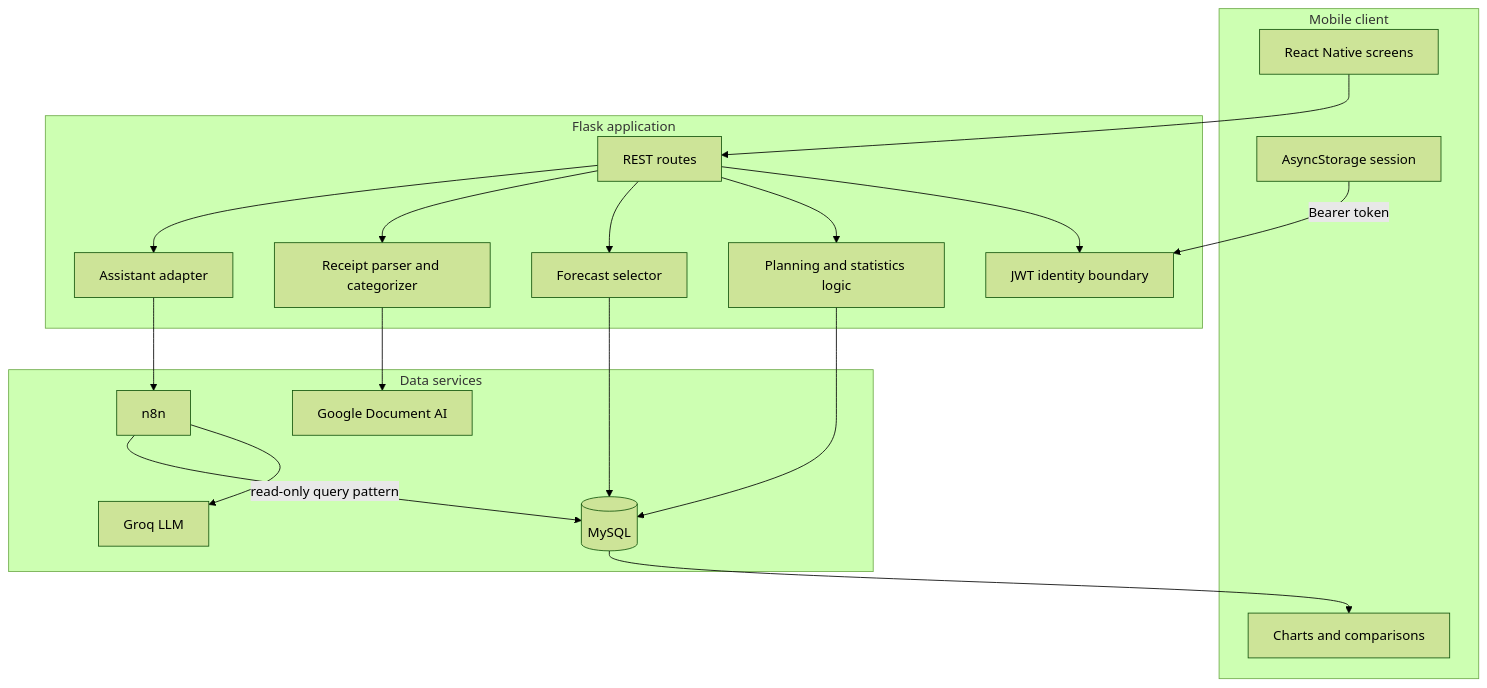
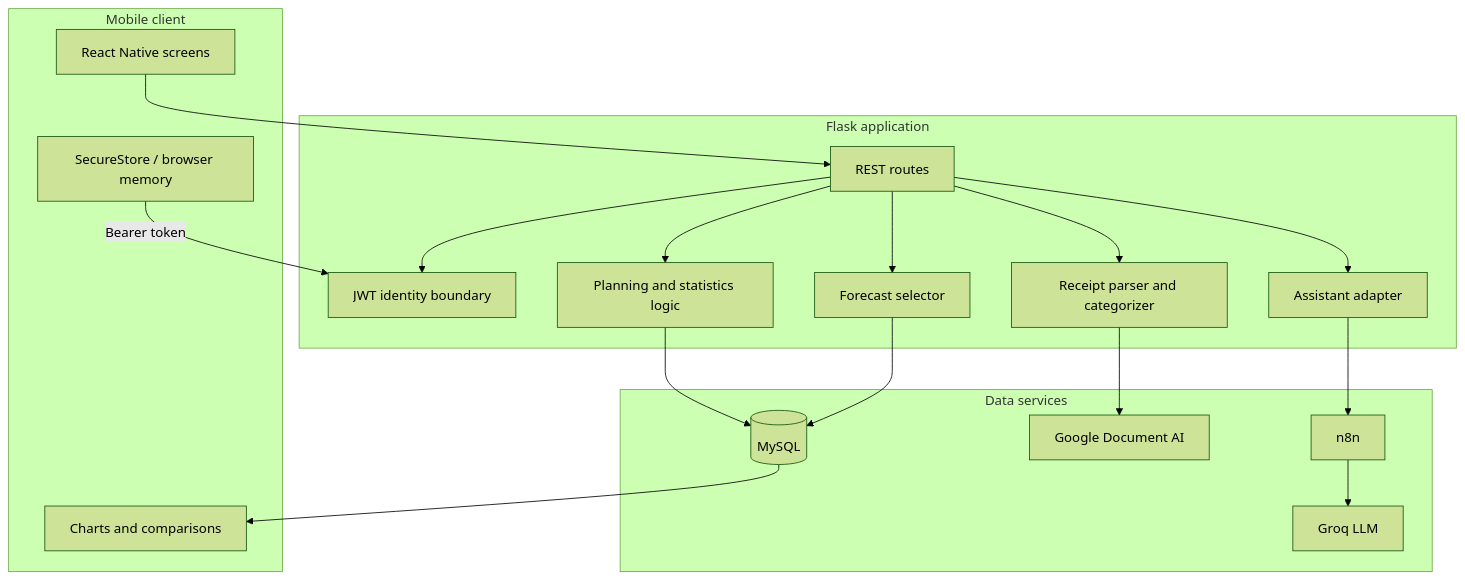
The first of 2 diagrams in docs/ARCHITECTURE.md (AntiBrs/myEnvelope), drawn with Mermaid (forest theme) before and after one commit. The commit also changed other lines of this file and 49 other files, not shown here.

````diff
--- a/docs/ARCHITECTURE.md
+++ b/docs/ARCHITECTURE.md
@@ -9,39 +9,38 @@
 ```mermaid
 flowchart TB
     subgraph Client[Mobile client]
       UI[React Native screens]
-      Session[AsyncStorage session]
+      Session[SecureStore / browser memory]
       Charts[Charts and comparisons]
     end
 
     subgraph Backend[Flask application]
       Routes[REST routes]
       JWT[JWT identity boundary]
       Business[Planning and statistics logic]
       Prediction[Forecast selector]
       Parser[Receipt parser and categorizer]
       Chat[Assistant adapter]
     end
 
     subgraph Data[Data services]
       MySQL[(MySQL)]
       DocumentAI[Google Document AI]
       N8N[n8n]
       Groq[Groq LLM]
     end
 
     UI --> Routes
     Session -->|Bearer token| JWT
     Routes --> JWT
     Routes --> Business
     Routes --> Prediction
     Routes --> Parser
     Routes --> Chat
     Business --> MySQL
     Prediction --> MySQL
     Parser --> DocumentAI
     Chat --> N8N
     N8N --> Groq
-    N8N -->|read-only query pattern| MySQL
     MySQL --> Charts
 ```
````
